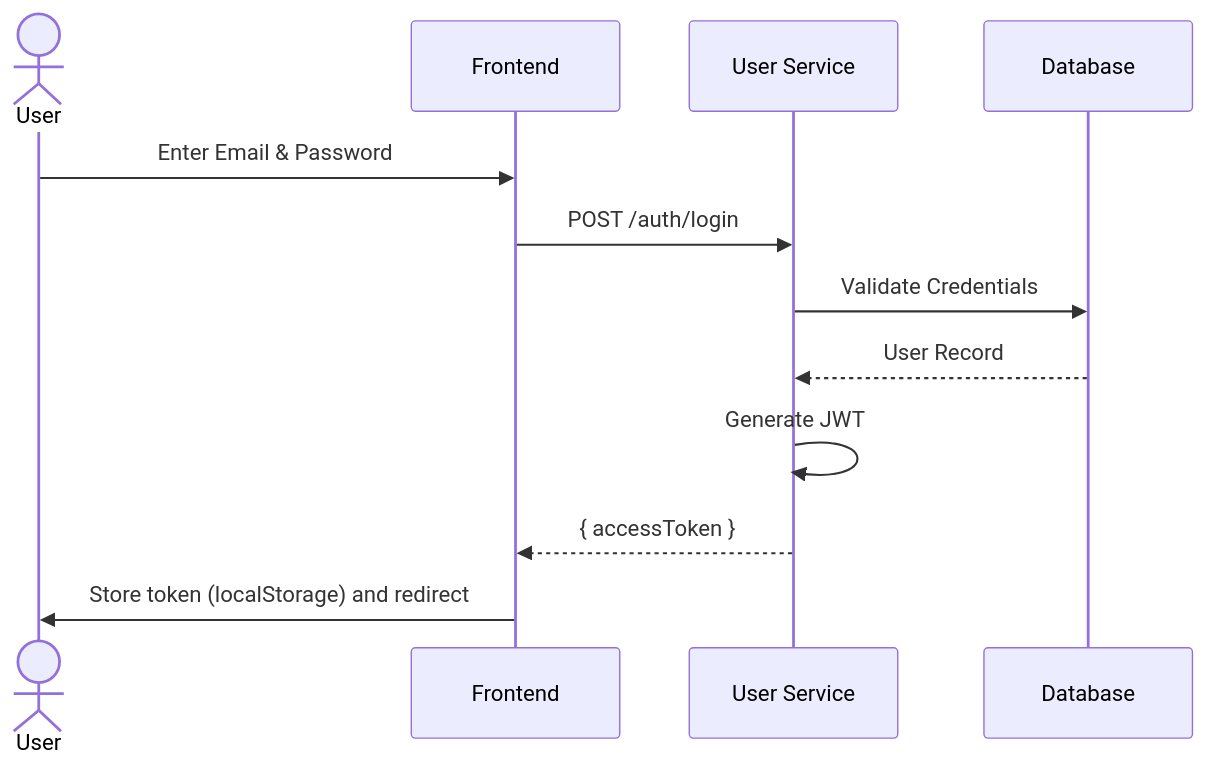
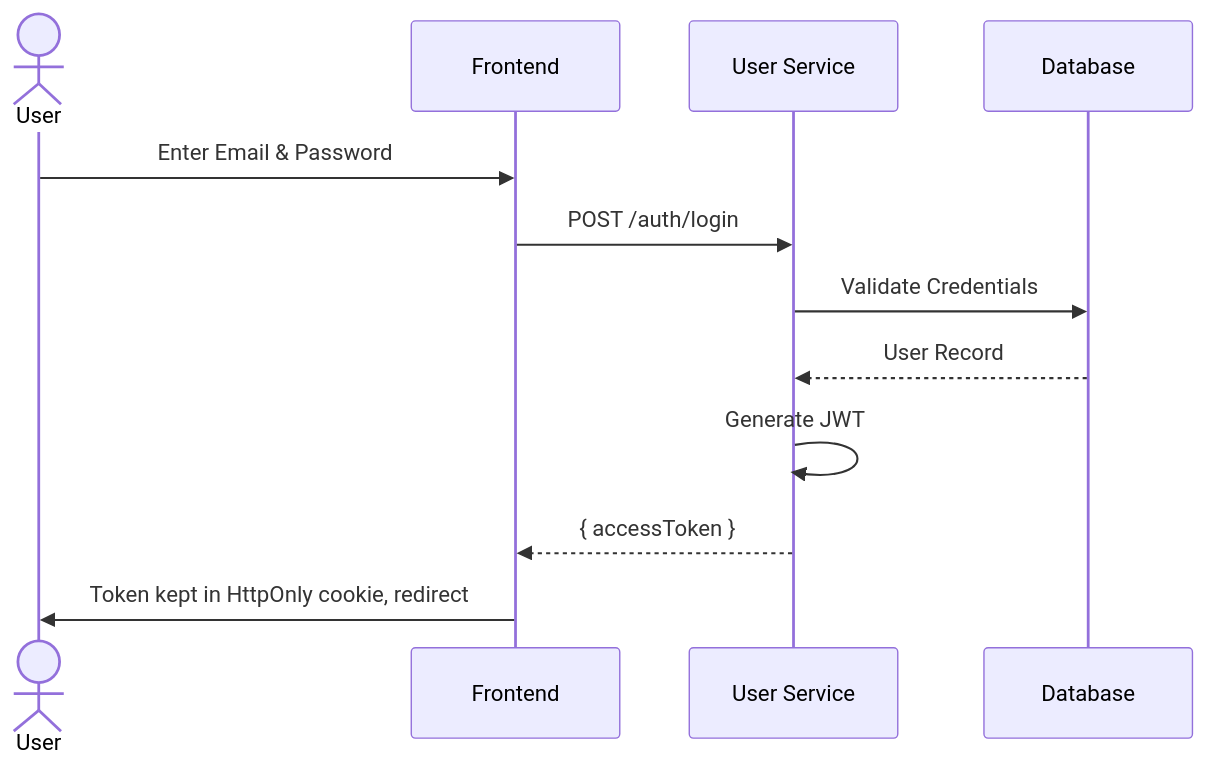
Diagram 19 of 20 in docs/XUPay-Final-Report.md (nmihtuna204/Xupay), drawn with Mermaid before and after one commit. The commit also changed other lines of this file and 13 other files, not shown here.

First line of the commit message:
chore: bind ports to localhost, wire service token and cookie settings, fix seed SQL, update docs

````diff
--- a/docs/XUPay-Final-Report.md
+++ b/docs/XUPay-Final-Report.md
@@ -1135,15 +1135,15 @@
 ```mermaid
 sequenceDiagram
     actor User
     participant FE as Frontend
     participant API as User Service
     participant DB as Database
 
     User->>FE: Enter Email & Password
     FE->>API: POST /auth/login
     API->>DB: Validate Credentials
     DB-->>API: User Record
     API->>API: Generate JWT
     API-->>FE: { accessToken }
-    FE->>User: Store token (localStorage) and redirect
+    FE->>User: Token kept in HttpOnly cookie, redirect
 ```
````
